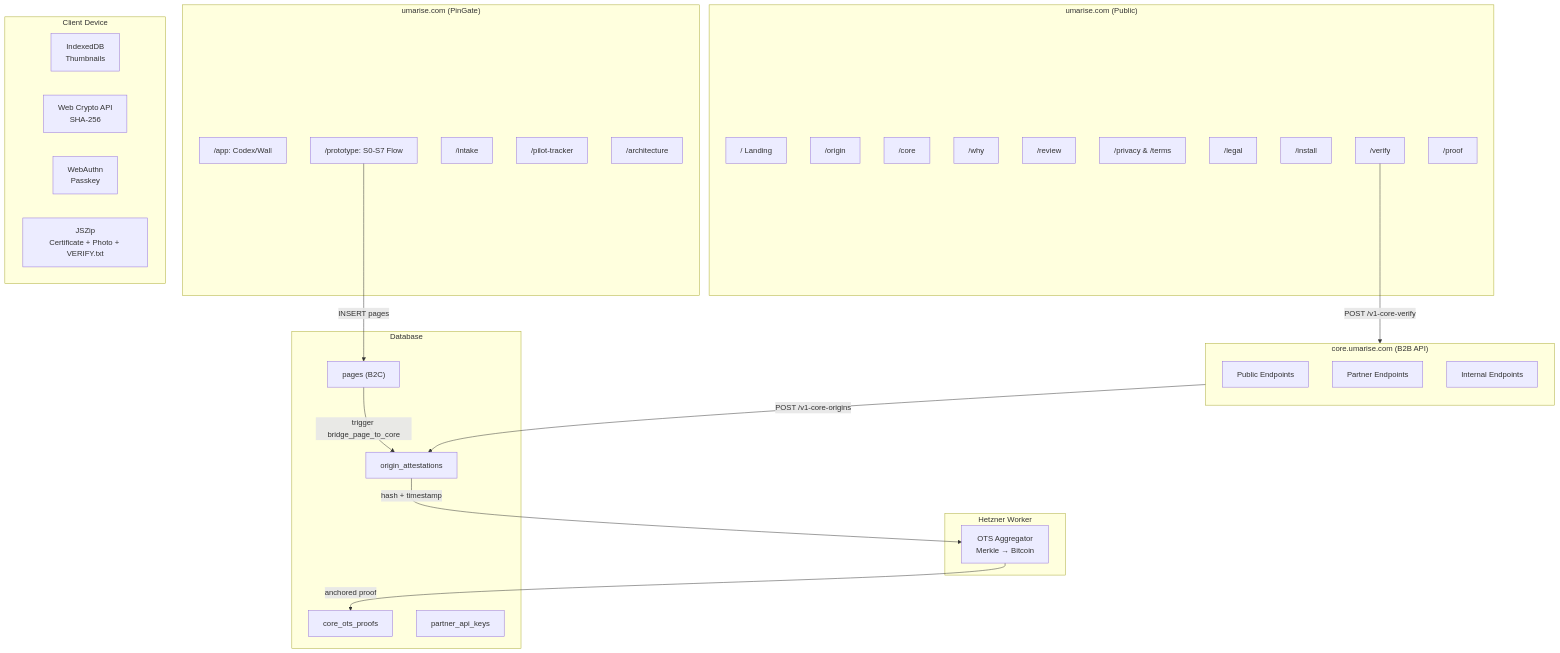
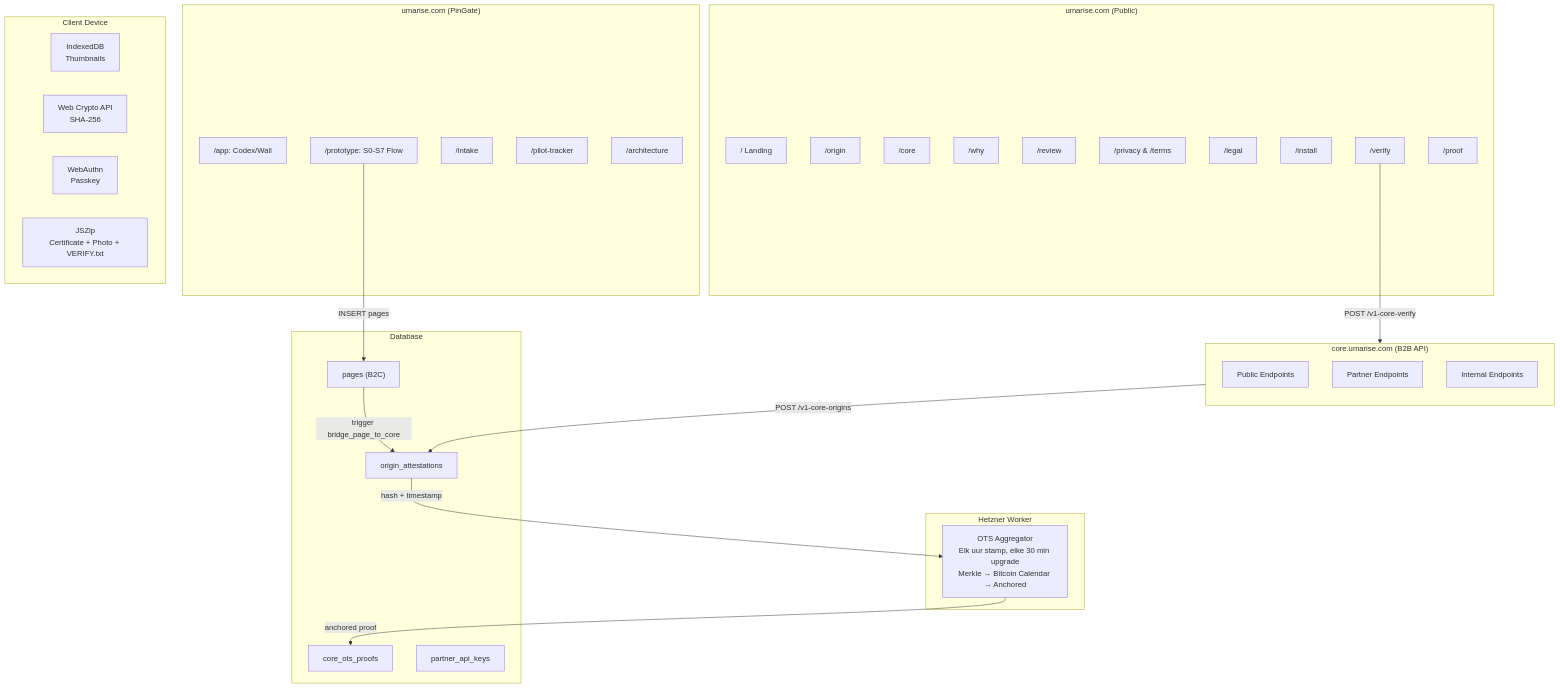
The first of 3 diagrams in docs/architecture-week1-final.md (Jonna1976/umarise), drawn with Mermaid before and after one commit. The commit also changed other lines of this file, not shown here.

````diff
--- a/docs/architecture-week1-final.md
+++ b/docs/architecture-week1-final.md
@@ -3,55 +3,55 @@
 ```mermaid
 graph TB
     subgraph "umarise.com (Public)"
         LP["/ Landing"]
         OR["/origin"]
         CO["/core"]
         WH["/why"]
         RV["/review"]
         PR["/privacy & /terms"]
         LG["/legal"]
         IN["/install"]
         VE["/verify"]
         PF["/proof"]
     end
 
     subgraph "umarise.com (PinGate)"
         APP["/app: Codex/Wall"]
         PROTO["/prototype: S0-S7 Flow"]
         INTAKE["/intake"]
         PILOT["/pilot-tracker"]
         ARCH["/architecture"]
     end
 
     subgraph "core.umarise.com (B2B API)"
         direction TB
         PUB_API["Public Endpoints"]
         PART_API["Partner Endpoints"]
         INT_API["Internal Endpoints"]
     end
 
     subgraph "Hetzner Worker"
-        OTS["OTS Aggregator\nMerkle → Bitcoin"]
+        OTS["OTS Aggregator\nElk uur stamp, elke 30 min upgrade\nMerkle → Bitcoin Calendar → Anchored"]
     end
 
     subgraph "Client Device"
         IDB["IndexedDB\nThumbnails"]
         WC["Web Crypto API\nSHA-256"]
         WA["WebAuthn\nPasskey"]
         ZIP["JSZip\nCertificate + Photo + VERIFY.txt"]
     end
 
     PROTO -->|"INSERT pages"| DB
     DB -->|"trigger bridge_page_to_core"| OA
     OA -->|"hash + timestamp"| OTS
     OTS -->|"anchored proof"| PROOFS
     VE -->|"POST /v1-core-verify"| PUB_API
     PART_API -->|"POST /v1-core-origins"| OA
 
     subgraph "Database"
         DB["pages (B2C)"]
         OA["origin_attestations"]
         PROOFS["core_ots_proofs"]
         KEYS["partner_api_keys"]
     end
 ```
````
